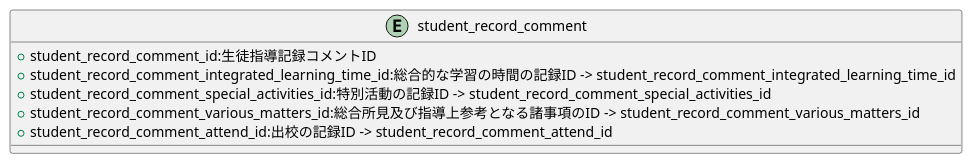
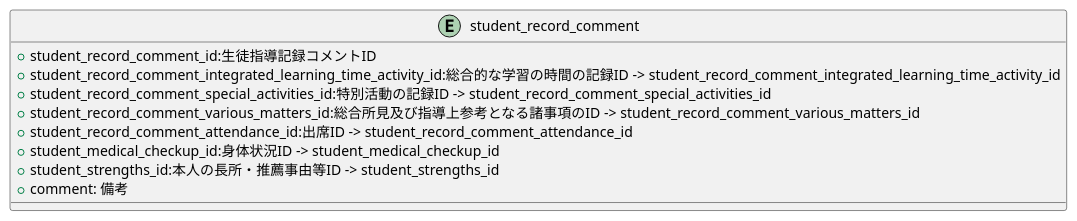
The diagram in Entity/student_record_comment.pu (popoposorara/ERP_ER), drawn with PlantUML before and after one commit. The commit also changed 9 other files, not shown here.

```diff
--- a/Entity/student_record_comment.pu
+++ b/Entity/student_record_comment.pu
@@ -1,11 +1,14 @@
 @startuml
 
 entity "student_record_comment"{
     + student_record_comment_id:生徒指導記録コメントID
-    + student_record_comment_integrated_learning_time_id:総合的な学習の時間の記録ID -> student_record_comment_integrated_learning_time_id
+    + student_record_comment_integrated_learning_time_activity_id:総合的な学習の時間の記録ID -> student_record_comment_integrated_learning_time_activity_id
     + student_record_comment_special_activities_id:特別活動の記録ID -> student_record_comment_special_activities_id
     + student_record_comment_various_matters_id:総合所見及び指導上参考となる諸事項のID -> student_record_comment_various_matters_id
-    + student_record_comment_attend_id:出校の記録ID -> student_record_comment_attend_id
+    + student_record_comment_attendance_id:出席ID -> student_record_comment_attendance_id
+    + student_medical_checkup_id:身体状況ID -> student_medical_checkup_id
+    + student_strengths_id:本人の長所・推薦事由等ID -> student_strengths_id
+    + comment: 備考
 }
 
 @enduml
```
